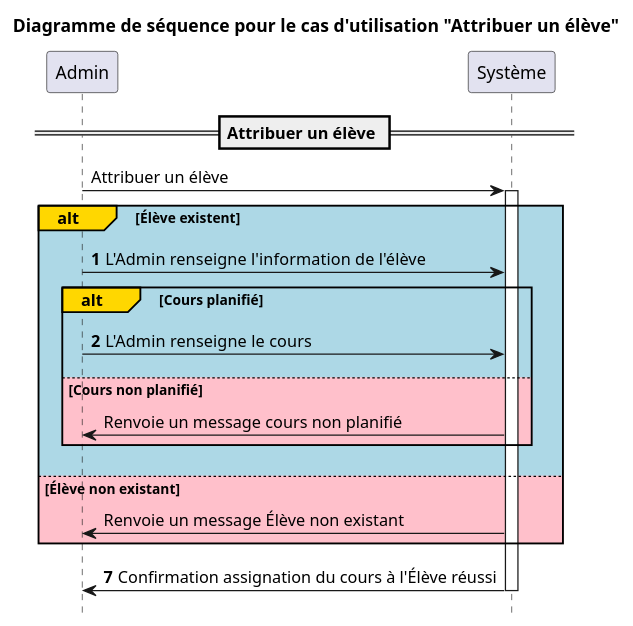
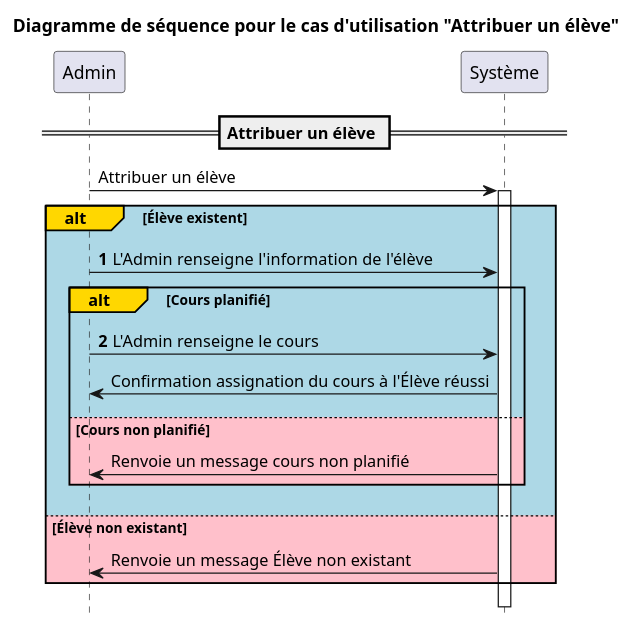
Before and after one commit to KMorere/school_uml: the diagram in Diagram_Sequence_Managing_Students.puml, drawn with PlantUML.

Commit message:
Correction Managing Student - Modification message confirmation

```diff
--- a/Diagram_Sequence_Managing_Students.puml
+++ b/Diagram_Sequence_Managing_Students.puml
@@ -1,49 +1,47 @@
 @startuml
 'https://plantuml.com/sequence-diagram
 
 '[Affichage teoz activé]
 !pragma teoz true
 '[Titre du graphique]
 title Diagramme de séquence pour le cas d'utilisation "Attribuer un élève"
 
 '[Titre du cas d'utilisation]
 == Attribuer un élève ==
 
 '****** Initialisation acteur ******
 '[Cache titre de pied 'Admin' 'Système']
 hide footbox
 Admin -> Système: Attribuer un élève
 
 '[Active 'barre de vie']
 Activate Système
 
 '[Active la numérotation]
 autonumber
 '****** Condition présence Enseignant ******
 alt#Gold #LightBlue Élève existent
     Admin -> Système: L'Admin renseigne l'information de l'élève
 
     '****** Condition présence Élève ******
     alt#Gold #LightBlue Cours planifié
         Admin -> Système: L'Admin renseigne le cours
         '[Désactive la numérotation]
         autonumber stop
+        Système -> Admin: Confirmation assignation du cours à l'Élève réussi
     else #Pink Cours non planifié
         Système -> Admin:  Renvoie un message cours non planifié
     end
     '[Active la numérotation à 5]
     autonumber 5
 
 '[Désactive la numérotation]
 autonumber stop
 else #Pink Élève non existant
     Système -> Admin: Renvoie un message Élève non existant
 end
 
-'[Active la numérotation à 7]
-autonumber 7
-Système -> Admin: Confirmation assignation du cours à l'Élève réussi
 '[Désactive 'barre de vie']
 Deactivate Système
 
 @enduml
```
